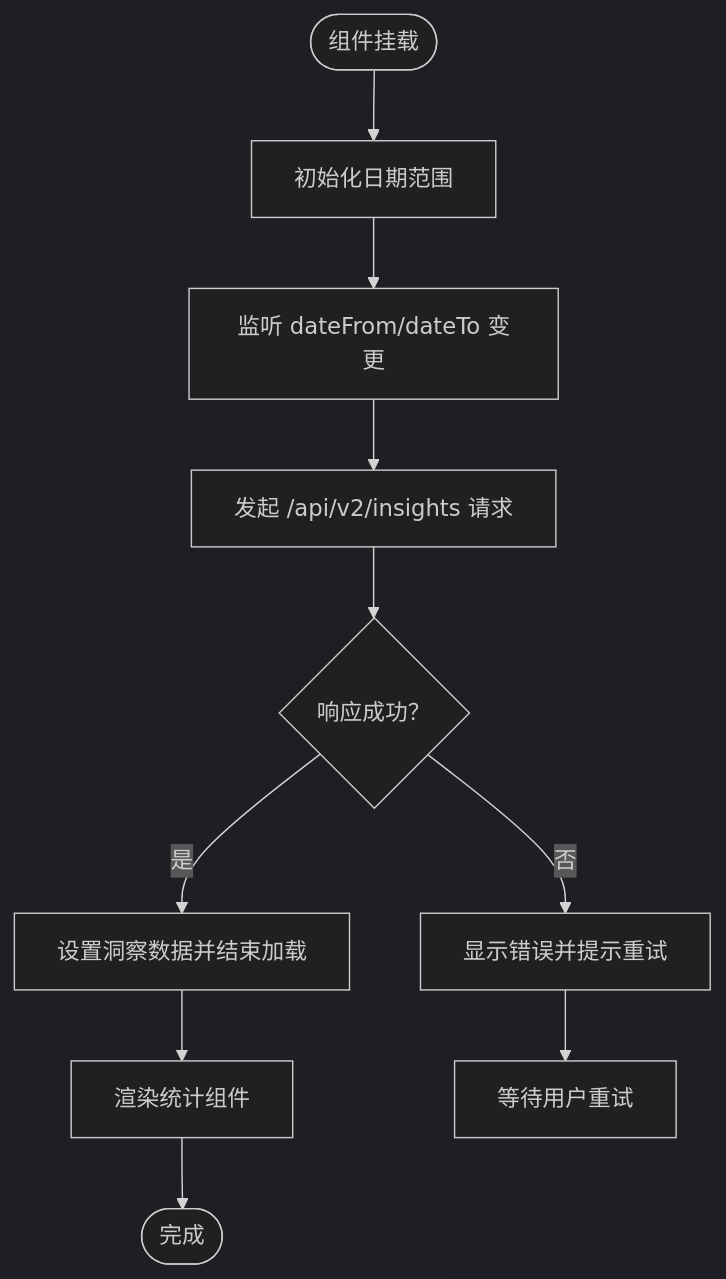
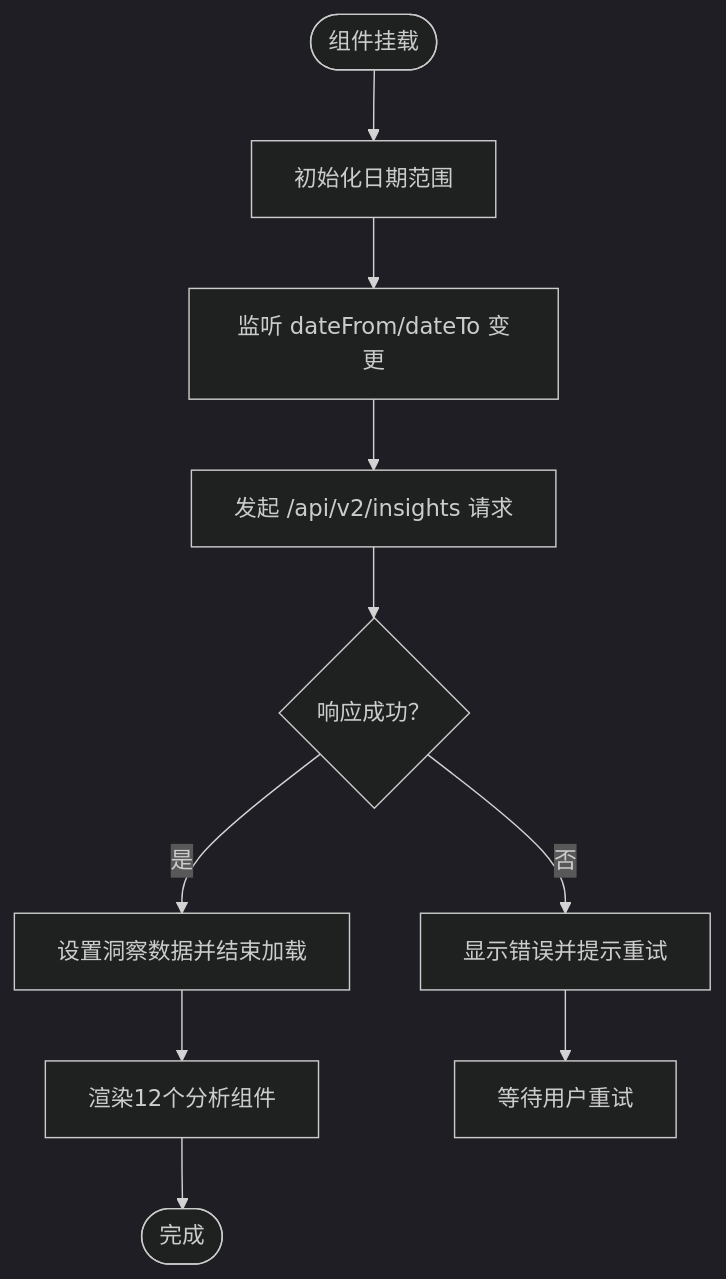
The third of 14 diagrams in .qoder/repowiki/zh/content/核心功能模块/洞察分析系统/洞察分析系统.md (bbong1234/TETO), drawn with Mermaid (dark theme) before and after one commit. The commit also changed other lines of this file and 10 other files, not shown here.

````diff
--- a/.qoder/repowiki/zh/content/核心功能模块/洞察分析系统/洞察分析系统.md
+++ b/.qoder/repowiki/zh/content/核心功能模块/洞察分析系统/洞察分析系统.md
@@ -137,12 +168,12 @@
 ```mermaid
 flowchart TD
 Start(["组件挂载"]) --> Init["初始化日期范围"]
 Init --> Watch["监听 dateFrom/dateTo 变更"]
 Watch --> Fetch["发起 /api/v2/insights 请求"]
 Fetch --> Ok{"响应成功？"}
 Ok --> |是| SetData["设置洞察数据并结束加载"]
 Ok --> |否| ShowErr["显示错误并提示重试"]
-SetData --> Render["渲染统计组件"]
+SetData --> Render["渲染12个分析组件"]
 ShowErr --> Wait["等待用户重试"]
 Render --> End(["完成"])
 ```
````
